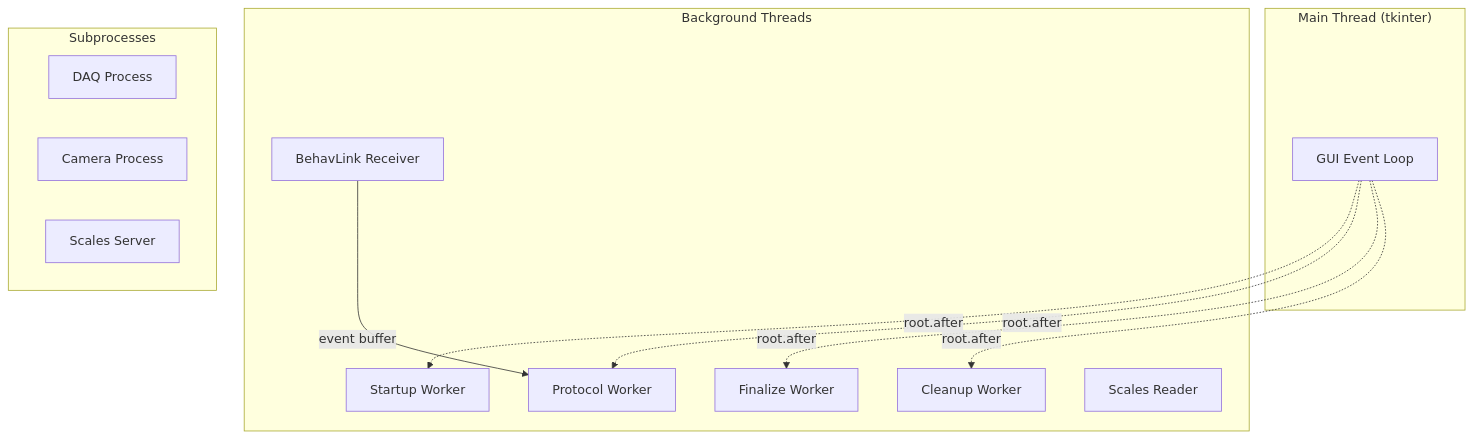
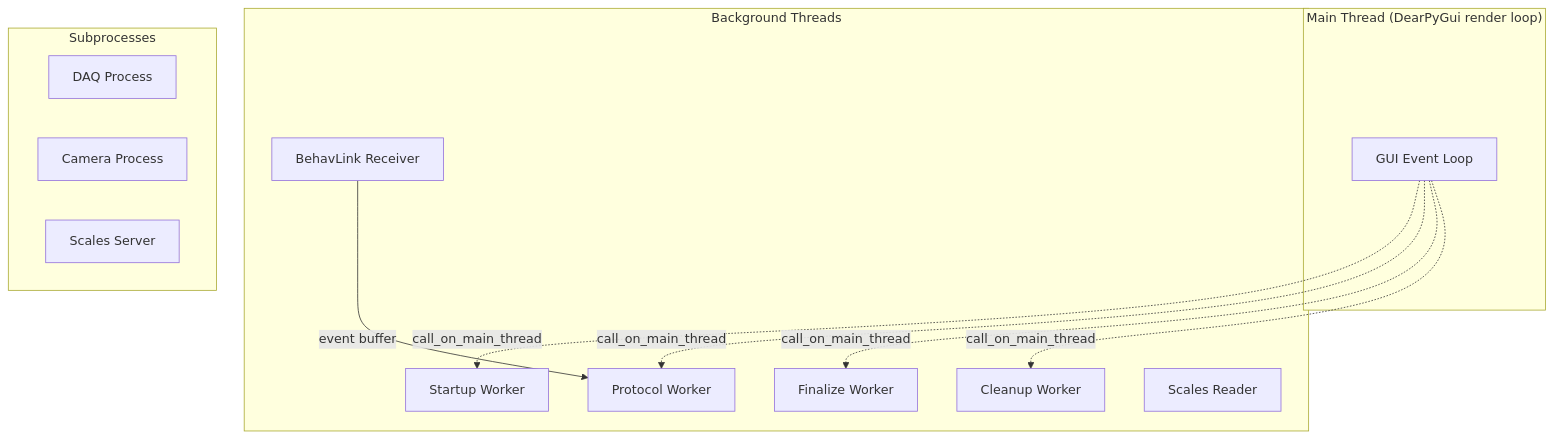
One commit to stef1029/HexControl changed the diagram in docs/architecture/threading-model.md. Above: the diagram before and after it, drawn with Mermaid. The commit also changed other lines of this file and 9 other files, not shown here.

````diff
--- a/docs/architecture/threading-model.md
+++ b/docs/architecture/threading-model.md
@@ -7,27 +7,27 @@
 ```mermaid
 graph TB
-    subgraph Main["Main Thread (tkinter)"]
+    subgraph Main["Main Thread (DearPyGui render loop)"]
         GUI[GUI Event Loop]
     end
 
     subgraph Background["Background Threads"]
         ST[Startup Worker]
         PT[Protocol Worker]
         FT[Finalize Worker]
         CT[Cleanup Worker]
         RT[BehavLink Receiver]
         SR[Scales Reader]
     end
 
     subgraph Subprocesses["Subprocesses"]
         DAQ[DAQ Process]
         CAM[Camera Process]
         SS[Scales Server]
     end
 
-    GUI -.->|root.after| ST
-    GUI -.->|root.after| PT
-    GUI -.->|root.after| FT
-    GUI -.->|root.after| CT
+    GUI -.->|call_on_main_thread| ST
+    GUI -.->|call_on_main_thread| PT
+    GUI -.->|call_on_main_thread| FT
+    GUI -.->|call_on_main_thread| CT
     RT -->|event buffer| PT
 ```
````
